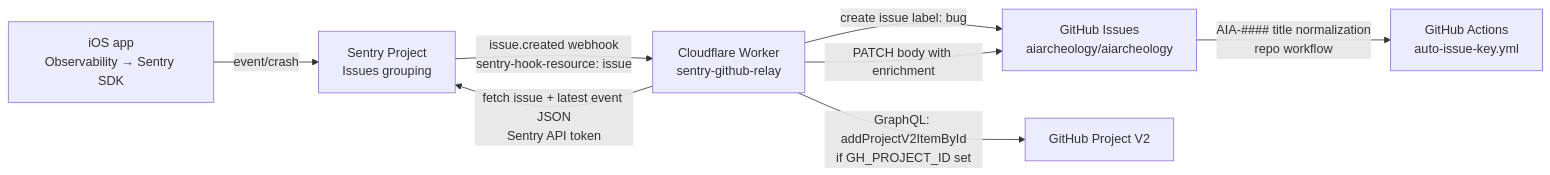
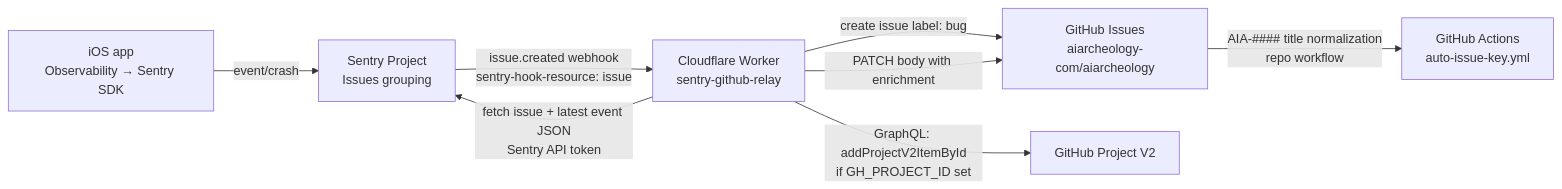
One commit to aiarcheology-com/aiarcheology changed the diagram in cloudflare/README.md. Above: the diagram before and after it, drawn with Mermaid.

Commit message:
Fix organization name in README diagram
Complete the organization name migration by updating the Mermaid diagram
to use aiarcheology-com instead of aiarcheology. This ensures consistency
with the environment variable documentation (lines 81, 87) and completes
the changes mentioned in commit 809c093.

````diff
--- a/cloudflare/README.md
+++ b/cloudflare/README.md
@@ -9,10 +9,10 @@
 ```mermaid
 flowchart LR
   A[iOS app<br>Observability → Sentry SDK] -->|event/crash| B[Sentry Project<br>Issues grouping]
   B -->|issue.created webhook<br>sentry-hook-resource: issue| C[Cloudflare Worker<br>sentry-github-relay]
-  C -->|create issue label: bug| D[GitHub Issues<br>aiarcheology/aiarcheology]
+  C -->|create issue label: bug| D[GitHub Issues<br>aiarcheology-com/aiarcheology]
   C -->|fetch issue + latest event JSON<br>Sentry API token| B
   C -->|PATCH body with enrichment| D
   C -->|GraphQL: addProjectV2ItemById<br>if GH_PROJECT_ID set| E[GitHub Project V2]
   D -->|AIA-#### title normalization<br>repo workflow| F[GitHub Actions<br>auto-issue-key.yml]
 ```
````
